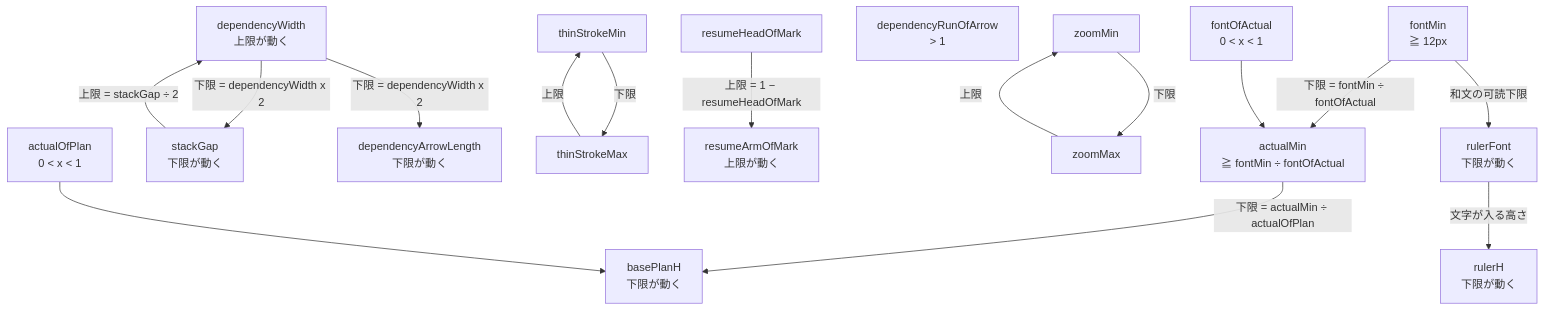
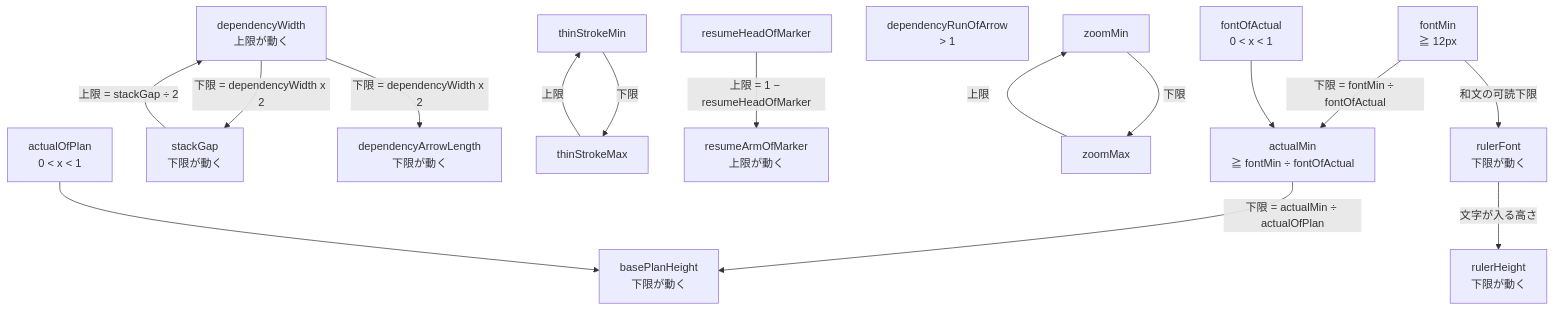
Before and after one commit to GoodRelax/gr-scheduler: the third of 3 diagrams in handover/03-ui-naming/handover-ui-detail-spec-ja.md, drawn with Mermaid. The commit also changed other lines of this file and 12 other files, not shown here.

````diff
--- a/handover/03-ui-naming/handover-ui-detail-spec-ja.md
+++ b/handover/03-ui-naming/handover-ui-detail-spec-ja.md
@@ -621,35 +621,35 @@
 ```mermaid
 graph TD
     fontMin["fontMin<br/>≧ 12px"]
     actualOfPlan["actualOfPlan<br/>0 &lt; x &lt; 1"]
     fontOfActual["fontOfActual<br/>0 &lt; x &lt; 1"]
-    basePlanH["basePlanH<br/>下限が動く"]
+    basePlanHeight["basePlanHeight<br/>下限が動く"]
     dependencyWidth["dependencyWidth<br/>上限が動く"]
     stackGap["stackGap<br/>下限が動く"]
     dependencyArrowLength["dependencyArrowLength<br/>下限が動く"]
     dependencyRunOfArrow["dependencyRunOfArrow<br/>&gt; 1"]
     thinMin["thinStrokeMin"]
     thinMax["thinStrokeMax"]
-    resumeArm["resumeArmOfMark<br/>上限が動く"]
-    resumeHead["resumeHeadOfMark"]
+    resumeArm["resumeArmOfMarker<br/>上限が動く"]
+    resumeHead["resumeHeadOfMarker"]
     zoomMin["zoomMin"]
     zoomMax["zoomMax"]
     rulerFont["rulerFont<br/>下限が動く"]
-    rulerH["rulerH<br/>下限が動く"]
+    rulerHeight["rulerHeight<br/>下限が動く"]
 
     actualMin["actualMin<br/>≧ fontMin ÷ fontOfActual"]
     fontMin -- "下限 = fontMin ÷ fontOfActual" --> actualMin
     fontOfActual --> actualMin
-    actualMin -- "下限 = actualMin ÷ actualOfPlan" --> basePlanH
-    actualOfPlan --> basePlanH
+    actualMin -- "下限 = actualMin ÷ actualOfPlan" --> basePlanHeight
+    actualOfPlan --> basePlanHeight
     fontMin -- "和文の可読下限" --> rulerFont
-    rulerFont -- "文字が入る高さ" --> rulerH
+    rulerFont -- "文字が入る高さ" --> rulerHeight
     dependencyWidth -- "下限 = dependencyWidth x 2" --> stackGap
     stackGap -- "上限 = stackGap ÷ 2" --> dependencyWidth
     dependencyWidth -- "下限 = dependencyWidth x 2" --> dependencyArrowLength
     thinMax -- "上限" --> thinMin
     thinMin -- "下限" --> thinMax
-    resumeHead -- "上限 = 1 − resumeHeadOfMark" --> resumeArm
+    resumeHead -- "上限 = 1 − resumeHeadOfMarker" --> resumeArm
     zoomMax -- "上限" --> zoomMin
     zoomMin -- "下限" --> zoomMax
 ```
````
